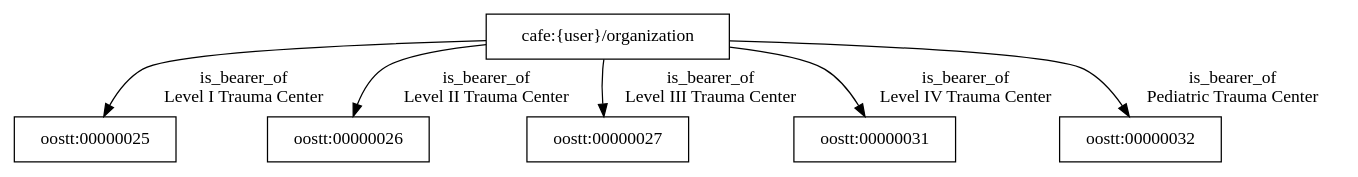
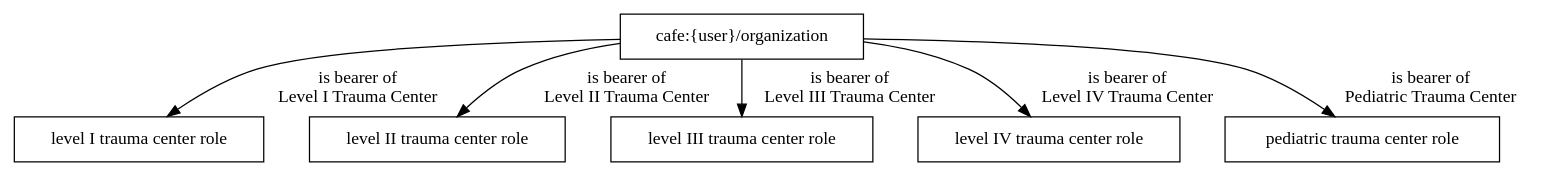
Before and after one commit to utecht/dideo-server: the diagram in cafe/graphs/124.dot, drawn with Graphviz. The commit also changed 20 other files, not shown here.

Commit message:
more graph syntax

```diff
--- a/cafe/graphs/124.dot
+++ b/cafe/graphs/124.dot
@@ -1,13 +1,13 @@
 digraph g { node [shape=rectangle];
 graph [splines=true, nodesep=.5, ranksep=0, overlap=false];
-"cafe:{user}/organization" -> "oostt:00000025" [label="is_bearer_of
+"cafe:{user}/organization" -> "level I trauma center role" [label="is bearer of
 Level I Trauma Center"]
-"cafe:{user}/organization" -> "oostt:00000026" [label="is_bearer_of
+"cafe:{user}/organization" -> "level II trauma center role" [label="is bearer of
 Level II Trauma Center"]
-"cafe:{user}/organization" -> "oostt:00000027" [label="is_bearer_of
+"cafe:{user}/organization" -> "level III trauma center role" [label="is bearer of
 Level III Trauma Center"]
-"cafe:{user}/organization" -> "oostt:00000031" [label="is_bearer_of
+"cafe:{user}/organization" -> "level IV trauma center role" [label="is bearer of
 Level IV Trauma Center"]
-"cafe:{user}/organization" -> "oostt:00000032" [label="is_bearer_of
+"cafe:{user}/organization" -> "pediatric trauma center role" [label="is bearer of
 Pediatric Trauma Center"]
 }
```
